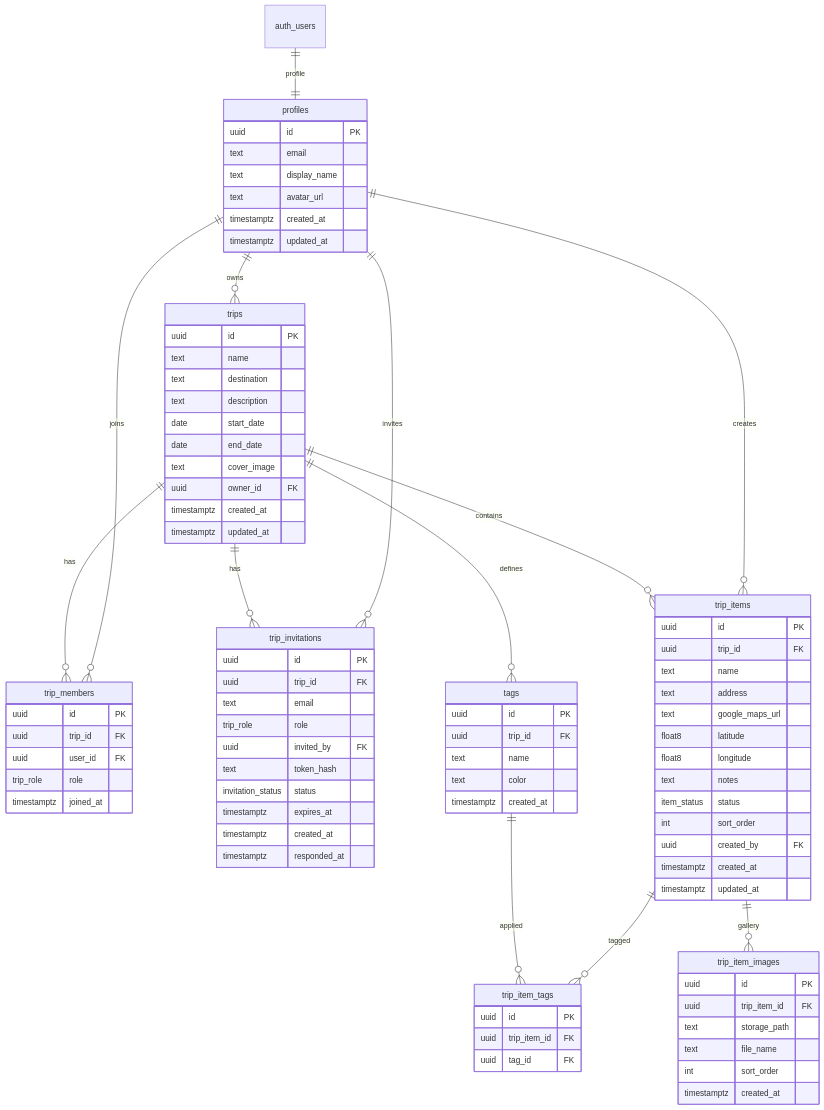
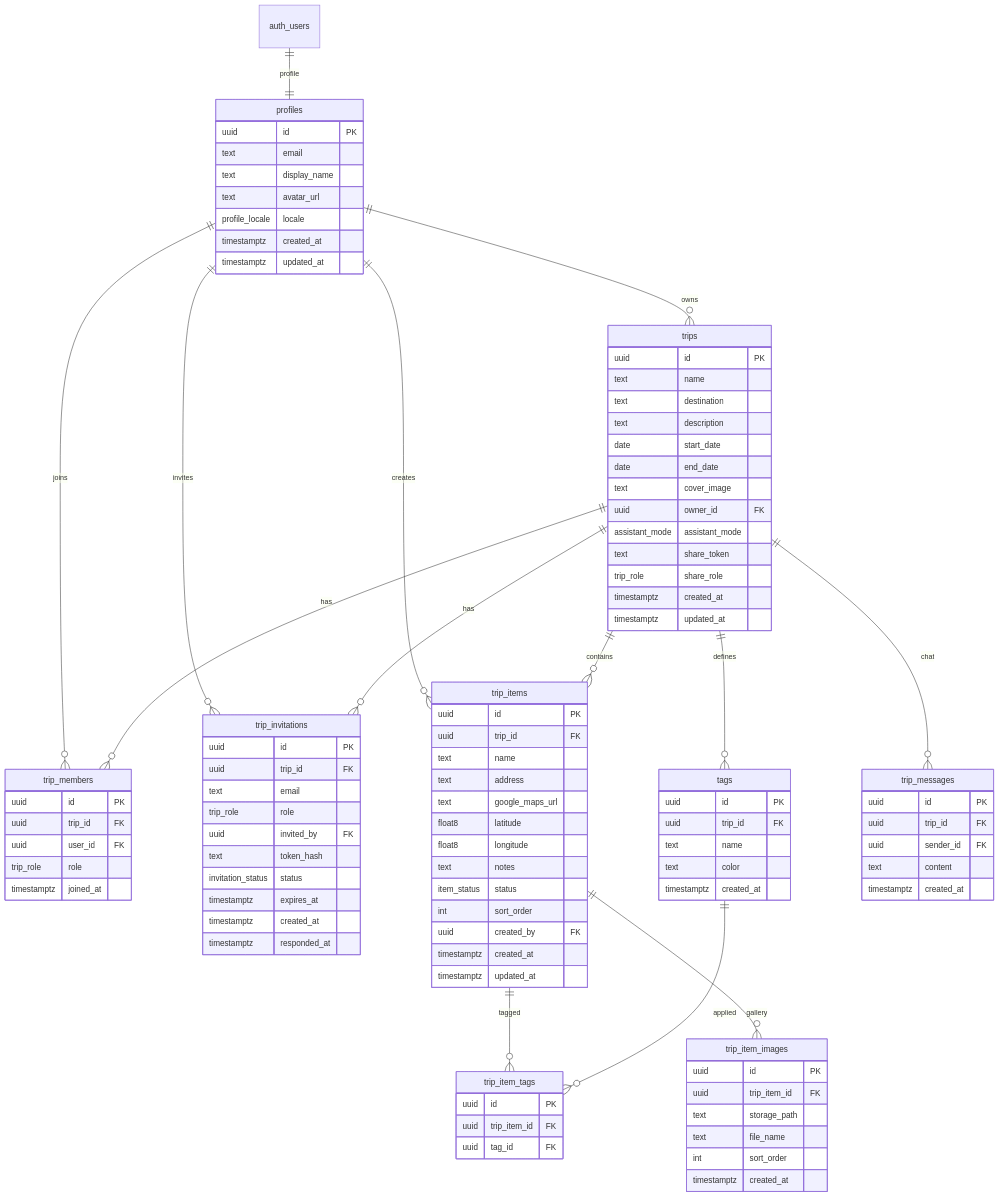
The diagram in docs/ARCHITECTURE.md (vinhtk0209/travel-mngt), drawn with Mermaid before and after one commit. The commit also changed other lines of this file and 32 other files, not shown here.

````diff
--- a/docs/ARCHITECTURE.md
+++ b/docs/ARCHITECTURE.md
@@ -103,6 +110,7 @@
   trips ||--o{ trip_invitations : "has"
   trips ||--o{ trip_items : "contains"
   trips ||--o{ tags : "defines"
+  trips ||--o{ trip_messages : "chat"
 
   trip_items ||--o{ trip_item_tags : "tagged"
   tags ||--o{ trip_item_tags : "applied"
@@ -113,6 +121,7 @@
     text email
     text display_name
     text avatar_url
+    profile_locale locale
     timestamptz created_at
     timestamptz updated_at
   }
@@ -125,6 +134,9 @@
     date end_date
     text cover_image
     uuid owner_id FK
+    assistant_mode assistant_mode
+    text share_token
+    trip_role share_role
     timestamptz created_at
     timestamptz updated_at
   }
@@ -182,4 +194,11 @@
     int sort_order
     timestamptz created_at
   }
+  trip_messages {
+    uuid id PK
+    uuid trip_id FK
+    uuid sender_id FK
+    text content
+    timestamptz created_at
+  }
 ```
````
